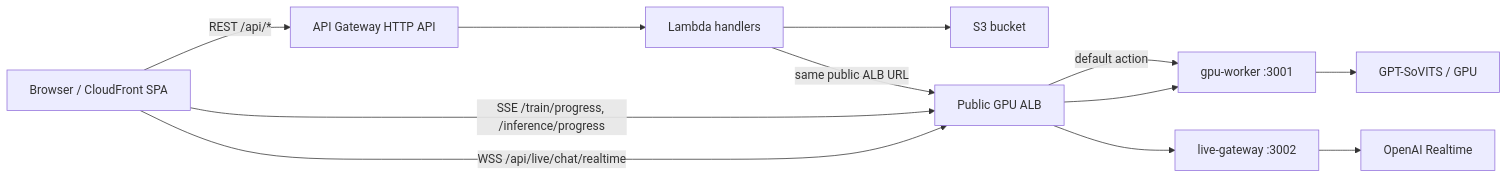
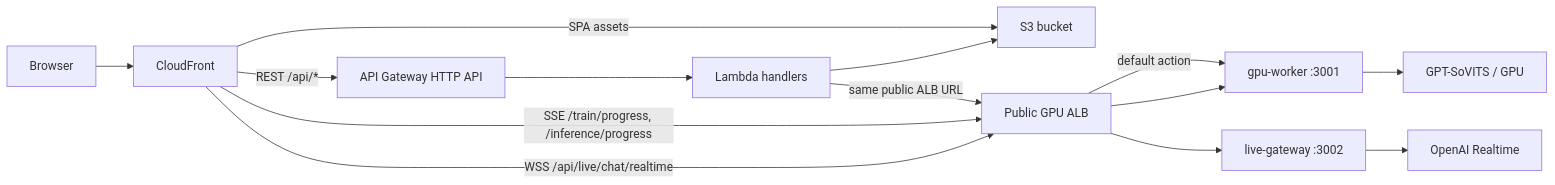
The diagram in docs/lambda-serverless-gpu-worker-guide.md (NathanaelNgYY/VoiceCloning), drawn with Mermaid before and after one commit. The commit also changed other lines of this file and 1 other file, not shown here.

````diff
--- a/docs/lambda-serverless-gpu-worker-guide.md
+++ b/docs/lambda-serverless-gpu-worker-guide.md
@@ -52,24 +69,27 @@
 ```mermaid
 flowchart LR
-  Browser["Browser / CloudFront SPA"]
+  Browser["Browser"]
+  Cf["CloudFront"]
   Api["API Gateway HTTP API"]
   Lambda["Lambda handlers"]
   S3["S3 bucket"]
   Alb["Public GPU ALB"]
   Worker["gpu-worker :3001"]
   Live["live-gateway :3002"]
   OpenAI["OpenAI Realtime"]
   Gpu["GPT-SoVITS / GPU"]
 
-  Browser -->|REST /api/*| Api
+  Browser --> Cf
+  Cf -->|SPA assets| S3
+  Cf -->|REST /api/*| Api
   Api --> Lambda
   Lambda --> S3
   Lambda -->|same public ALB URL| Alb
   Alb -->|default action| Worker
-  Browser -->|SSE /train/progress, /inference/progress| Alb
+  Cf -->|SSE /train/progress, /inference/progress| Alb
   Alb --> Worker
-  Browser -->|WSS /api/live/chat/realtime| Alb
+  Cf -->|WSS /api/live/chat/realtime| Alb
   Alb --> Live
   Live --> OpenAI
   Worker --> Gpu
 ```
````
